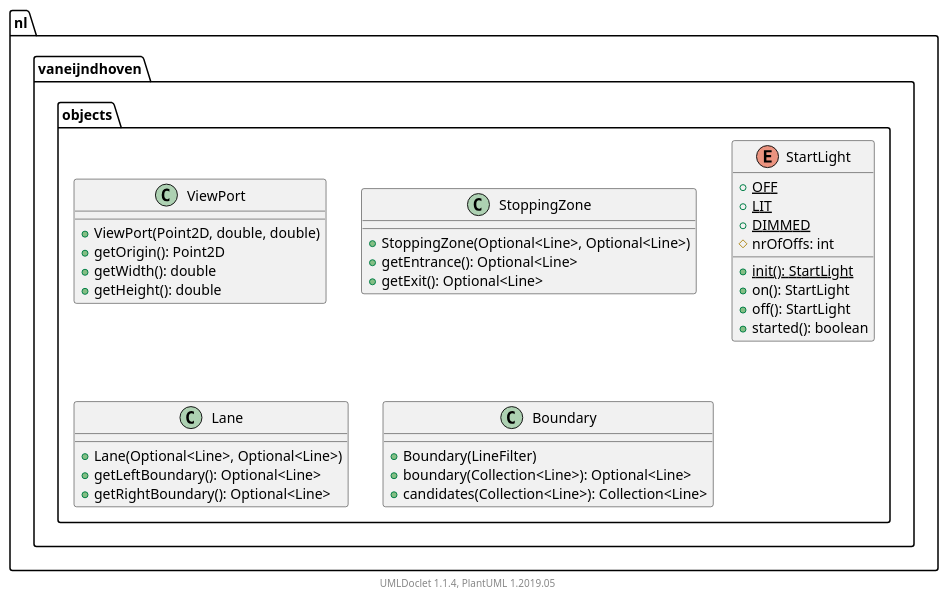
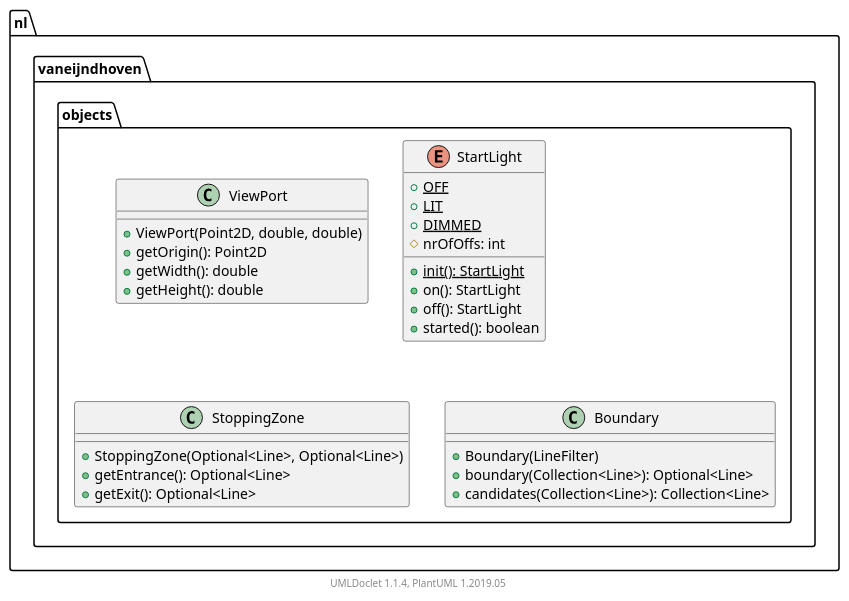
Before and after one commit to rc-dukes/dukes: the diagram in rc-detect/rc-detect/apidocs/nl/vaneijndhoven/objects/package.puml, drawn with PlantUML. The commit also changed 2213 other files, not shown here.

```diff
--- a/rc-detect/rc-detect/apidocs/nl/vaneijndhoven/objects/package.puml
+++ b/rc-detect/rc-detect/apidocs/nl/vaneijndhoven/objects/package.puml
@@ -1,45 +1,39 @@
 @startuml
 
     namespace nl.vaneijndhoven.objects {
 
         class ViewPort [[ViewPort.html]] {
             +ViewPort(Point2D, double, double)
             +getOrigin(): Point2D
             +getWidth(): double
             +getHeight(): double
-        }
-
-        class StoppingZone [[StoppingZone.html]] {
-            +StoppingZone(Optional<Line>, Optional<Line>)
-            +getEntrance(): Optional<Line>
-            +getExit(): Optional<Line>
         }
 
         enum StartLight [[StartLight.html]] {
             {static} +OFF
             {static} +LIT
             {static} +DIMMED
             #nrOfOffs: int
             {static} +init(): StartLight
             +on(): StartLight
             +off(): StartLight
             +started(): boolean
         }
 
-        class Lane [[Lane.html]] {
-            +Lane(Optional<Line>, Optional<Line>)
-            +getLeftBoundary(): Optional<Line>
-            +getRightBoundary(): Optional<Line>
+        class StoppingZone [[StoppingZone.html]] {
+            +StoppingZone(Optional<Line>, Optional<Line>)
+            +getEntrance(): Optional<Line>
+            +getExit(): Optional<Line>
         }
 
         class Boundary [[Boundary.html]] {
             +Boundary(LineFilter)
             +boundary(Collection<Line>): Optional<Line>
             +candidates(Collection<Line>): Collection<Line>
         }
 
     }
 
 
     center footer UMLDoclet 1.1.4, PlantUML 1.2019.05
 @enduml
```
